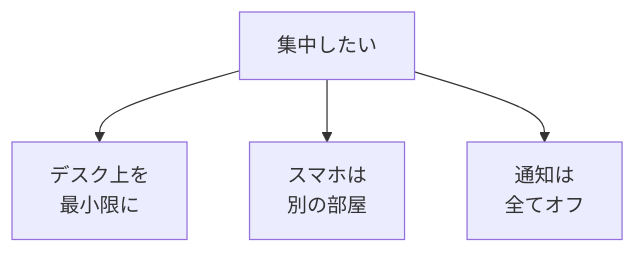
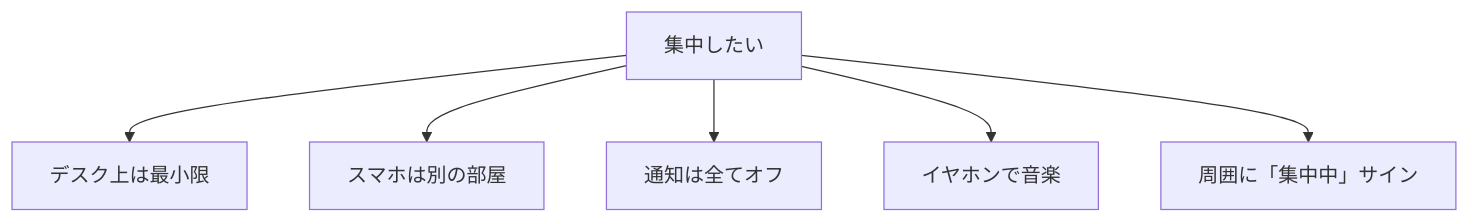
One commit to tndg16-bot/portfolio-site changed the fourth of 4 diagrams in content/blog/282-environment-design-behavior-change.md. Above: the diagram before and after it, drawn with Mermaid. The commit also changed other lines of this file and 19 other files, not shown here.

````diff
--- a/content/blog/282-environment-design-behavior-change.md
+++ b/content/blog/282-environment-design-behavior-change.md
@@ -99,8 +117,9 @@
 ```mermaid
 graph TD
     A[集中したい]
-    
-    A --> B[デスク上を<br/>最小限に]
-    A --> C[スマホは<br/>別の部屋]
-    A --> D[通知は<br/>全てオフ]
+    A --> B[デスク上は最小限]
+    A --> C[スマホは別の部屋]
+    A --> D[通知は全てオフ]
+    A --> E[イヤホンで音楽]
+    A --> F[周囲に「集中中」サイン]
 ```
````
